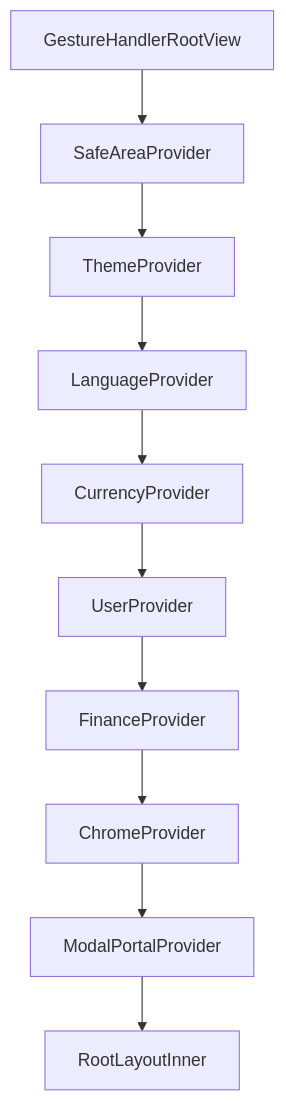
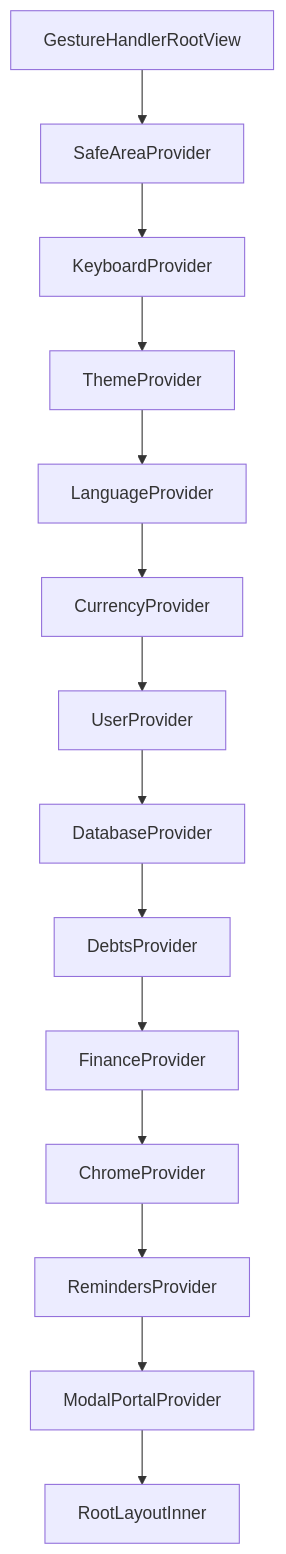
Before and after one commit to AmerZuher/Birds_Eye_Finance: the diagram in docs/DEVELOPMENT.md, drawn with Mermaid. The commit also changed other lines of this file and 43 other files, not shown here.

````diff
--- a/docs/DEVELOPMENT.md
+++ b/docs/DEVELOPMENT.md
@@ -133,12 +123,16 @@
 ```mermaid
 flowchart TD
     A[GestureHandlerRootView] --> B[SafeAreaProvider]
-    B --> C[ThemeProvider]
+    B --> K[KeyboardProvider]
+    K --> C[ThemeProvider]
     C --> D[LanguageProvider]
     D --> E[CurrencyProvider]
     E --> F[UserProvider]
-    F --> G[FinanceProvider]
+    F --> DB[DatabaseProvider]
+    DB --> DT[DebtsProvider]
+    DT --> G[FinanceProvider]
     G --> H[ChromeProvider]
-    H --> I[ModalPortalProvider]
+    H --> R[RemindersProvider]
+    R --> I[ModalPortalProvider]
     I --> J[RootLayoutInner]
 ```
````
